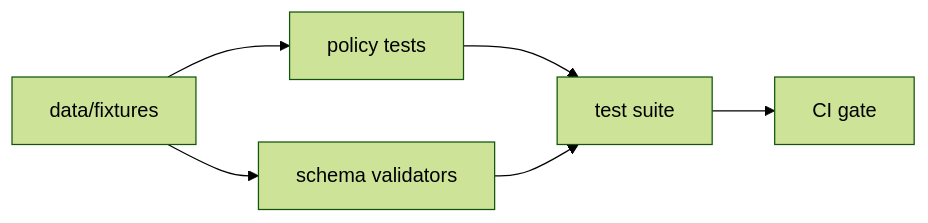
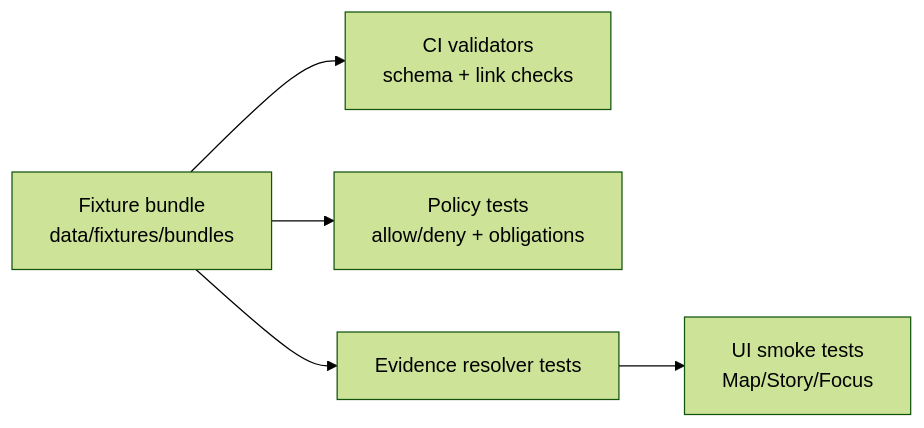
Before and after one commit to bartytime4life/Kansas-Frontier-Matrix: the diagram in data/fixtures/README.md, drawn with Mermaid (forest theme). The commit also changed other lines of this file, not shown here.

First line of the commit message:
Revise README for data/fixtures with governance details

````diff
--- a/data/fixtures/README.md
+++ b/data/fixtures/README.md
@@ -44,14 +178,7 @@
 ```mermaid
 flowchart LR
-  F[data/fixtures]
-  P[policy tests]
-  S[schema validators]
-  T[test suite]
-  CI[CI gate]
-
-  F --> P
-  F --> S
-  P --> T
-  S --> T
-  T --> CI
+  A[Fixture bundle<br/>data/fixtures/bundles] --> B[CI validators<br/>schema + link checks]
+  A --> C[Policy tests<br/>allow/deny + obligations]
+  A --> D[Evidence resolver tests]
+  D --> E[UI smoke tests<br/>Map/Story/Focus]
 ```
````
